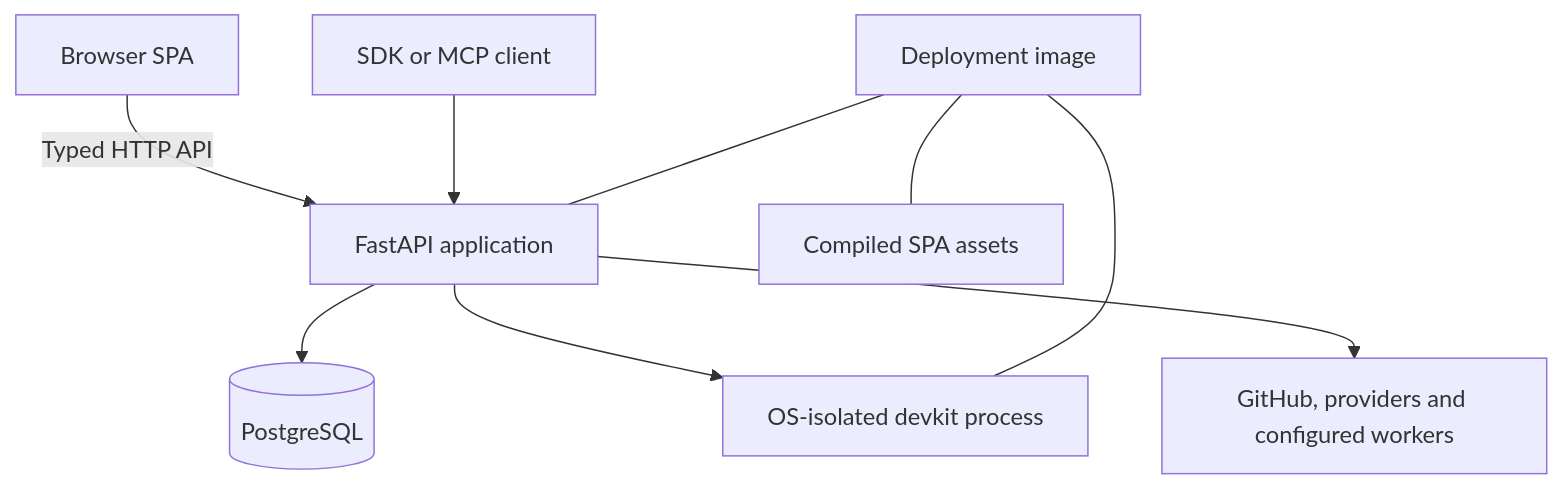
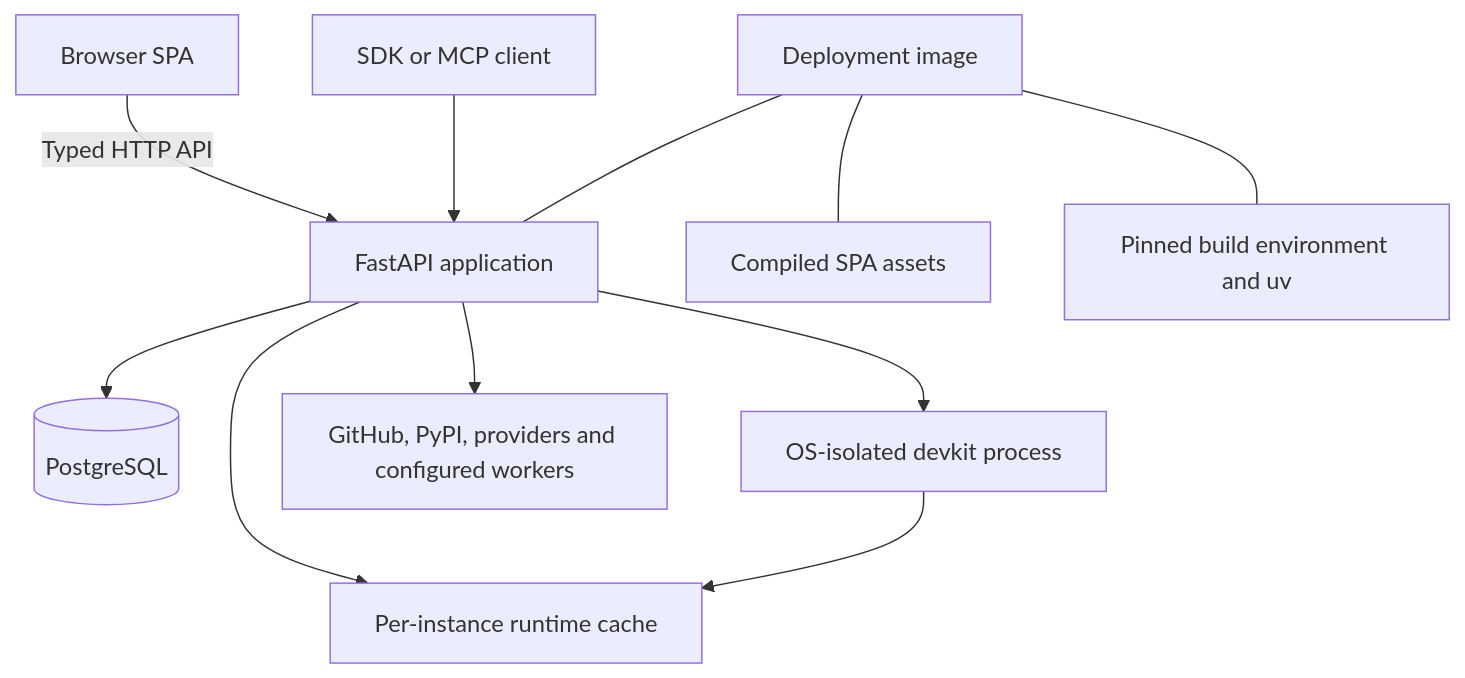
Before and after one commit to mjkimR/autohub: the diagram in docs/architecture/ARCH-05-1-containers.md, drawn with Mermaid. The commit also changed other lines of this file and 29 other files, not shown here.

````diff
--- a/docs/architecture/ARCH-05-1-containers.md
+++ b/docs/architecture/ARCH-05-1-containers.md
@@ -12,11 +12,13 @@
 ```mermaid
 flowchart TB
     Browser[Browser SPA] -->|Typed HTTP API| API[FastAPI application]
     Client[SDK or MCP client] --> API
     API --> DB[(PostgreSQL)]
     API --> Runtime[OS-isolated devkit process]
-    API --> External[GitHub, providers and configured workers]
+    API --> Cache[Per-instance runtime cache]
+    Runtime --> Cache
+    API --> External[GitHub, PyPI, providers and configured workers]
     Image[Deployment image] --- API
     Image --- Assets[Compiled SPA assets]
-    Image --- Runtime
+    Image --- Build[Pinned build environment and uv]
 ```
````
